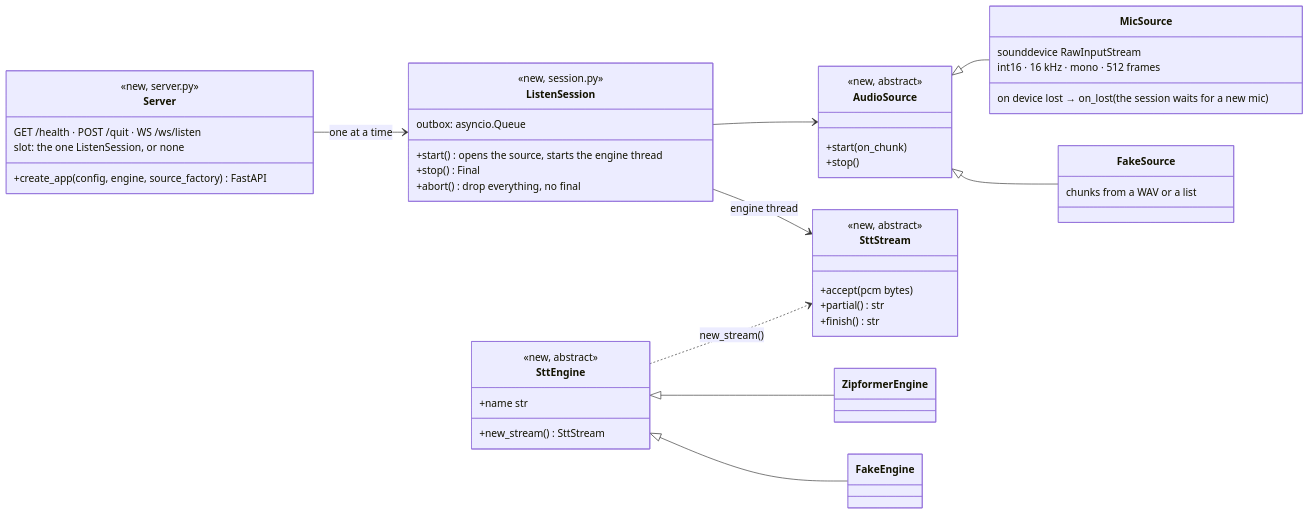
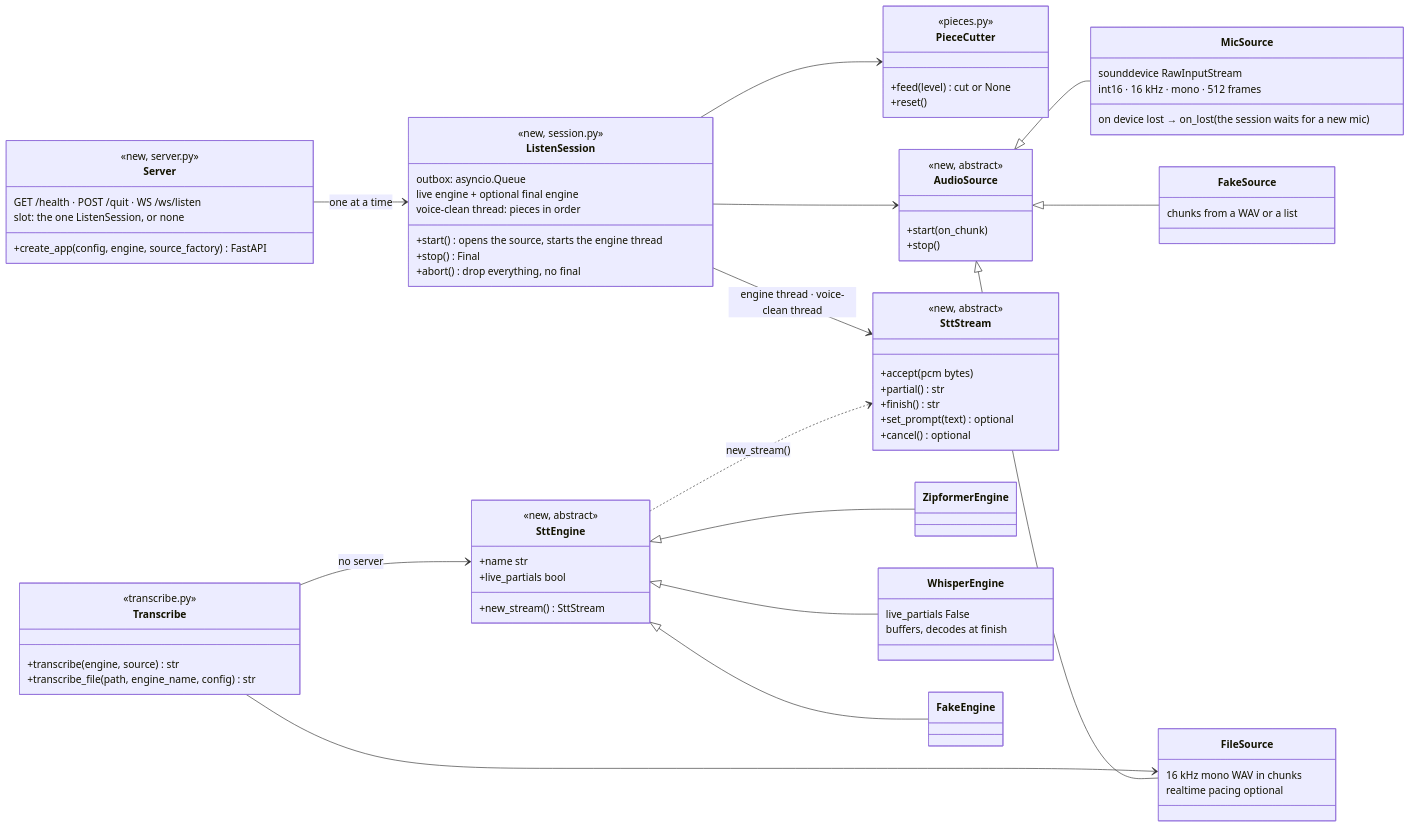
One commit to sharramon/AI_Assistant changed the fifth of 6 diagrams in docs/architecture/voice.md. Above: the diagram before and after it, drawn with Mermaid. The commit also changed other lines of this file and 35 other files, not shown here.

Commit message:
Docs: module pages, module library, architecture and API updates

````diff
--- a/docs/architecture/voice.md
+++ b/docs/architecture/voice.md
@@ -180,51 +319,79 @@
 ```mermaid
 classDiagram
     direction LR
     class Server {
         <<new, server.py>>
         +create_app(config, engine, source_factory) FastAPI
         GET /health · POST /quit · WS /ws/listen
         slot: the one ListenSession, or none
     }
     class ListenSession {
         <<new, session.py>>
         +start() opens the source, starts the engine thread
         +stop() Final
         +abort() drop everything, no final
         outbox: asyncio.Queue
+        live engine + optional final engine
+        voice-clean thread: pieces in order
+    }
+    class PieceCutter {
+        <<pieces.py>>
+        +feed(level) cut or None
+        +reset()
     }
     class AudioSource {
         <<new, abstract>>
         +start(on_chunk)
         +stop()
     }
     class MicSource {
         sounddevice RawInputStream
         int16 · 16 kHz · mono · 512 frames
         on device lost → on_lost (the session waits for a new mic)
     }
     class FakeSource {
         chunks from a WAV or a list
     }
+    class FileSource {
+        16 kHz mono WAV in chunks
+        realtime pacing optional
+    }
     class SttEngine {
         <<new, abstract>>
         +name str
+        +live_partials bool
         +new_stream() SttStream
     }
     class SttStream {
         <<new, abstract>>
         +accept(pcm bytes)
         +partial() str
         +finish() str
+        +set_prompt(text) optional
+        +cancel() optional
     }
     class ZipformerEngine
+    class WhisperEngine {
+        live_partials False
+        buffers, decodes at finish
+    }
     class FakeEngine
+    class Transcribe {
+        <<transcribe.py>>
+        +transcribe(engine, source) str
+        +transcribe_file(path, engine_name, config) str
+    }
     Server --> ListenSession : one at a time
     ListenSession --> AudioSource
-    ListenSession --> SttStream : engine thread
+    ListenSession --> SttStream : engine thread · voice-clean thread
+    ListenSession --> PieceCutter
+    Transcribe --> FileSource
+    Transcribe --> SttEngine : no server
     AudioSource <|-- MicSource
     AudioSource <|-- FakeSource
+    AudioSource <|-- FileSource
     SttEngine <|-- ZipformerEngine
+    SttEngine <|-- WhisperEngine
     SttEngine <|-- FakeEngine
     SttEngine ..> SttStream : new_stream()
 ```
````
